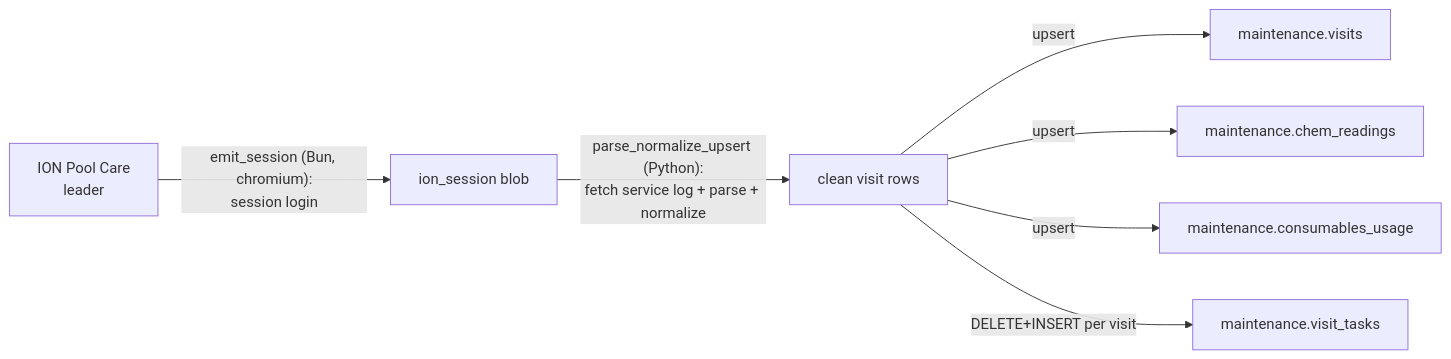
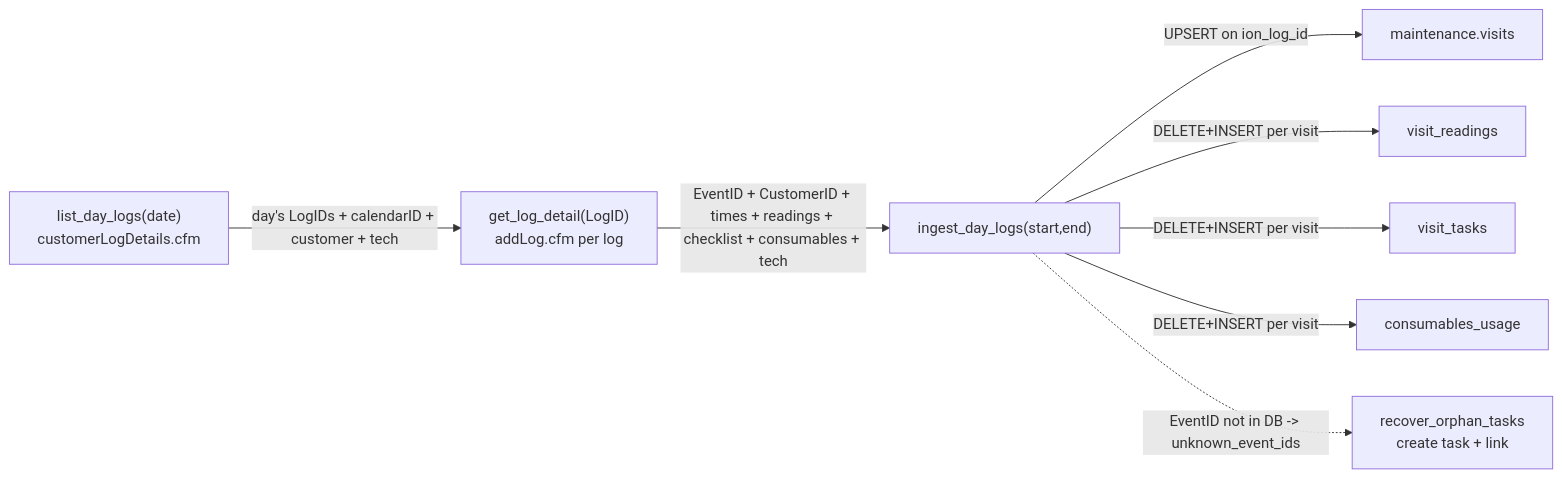
The diagram in docs/flows/sync/ion-visits.md (jeffspoolspa/servicebilling), drawn with Mermaid before and after one commit. The commit also changed other lines of this file and 14 other files, not shown here.

First line of the commit message:
feat(ion): close tasks by ION end date + move financial terms onto the task

````diff
--- a/docs/flows/sync/ion-visits.md
+++ b/docs/flows/sync/ion-visits.md
@@ -21,9 +24,10 @@
 ```mermaid
 flowchart LR
-    ION[ION Pool Care<br/>leader] -->|"emit_session (Bun, chromium):<br/>session login"| SESS[ion_session blob]
-    SESS -->|"parse_normalize_upsert (Python):<br/>fetch service log + parse + normalize"| ROWS[clean visit rows]
-    ROWS -->|"upsert"| V[maintenance.visits]
-    ROWS -->|"upsert"| CR[maintenance.chem_readings]
-    ROWS -->|"upsert"| CU[maintenance.consumables_usage]
-    ROWS -->|"DELETE+INSERT per visit"| VT[maintenance.visit_tasks]
+    A["list_day_logs(date)<br/>customerLogDetails.cfm"] -->|"day's LogIDs + calendarID + customer + tech"| B["get_log_detail(LogID)<br/>addLog.cfm per log"]
+    B -->|"EventID + CustomerID + times + readings + checklist + consumables + tech"| C["ingest_day_logs(start,end)"]
+    C -->|"UPSERT on ion_log_id"| V[maintenance.visits]
+    C -->|"DELETE+INSERT per visit"| VR[visit_readings]
+    C -->|"DELETE+INSERT per visit"| VT[visit_tasks]
+    C -->|"DELETE+INSERT per visit"| CU[consumables_usage]
+    C -.->|"EventID not in DB -> unknown_event_ids"| R["recover_orphan_tasks<br/>create task + link"]
 ```
````
